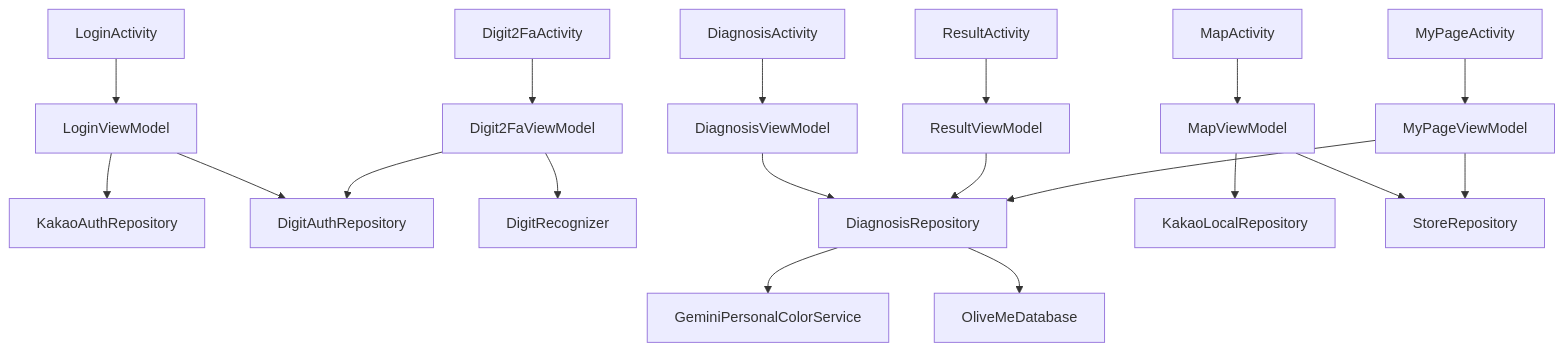
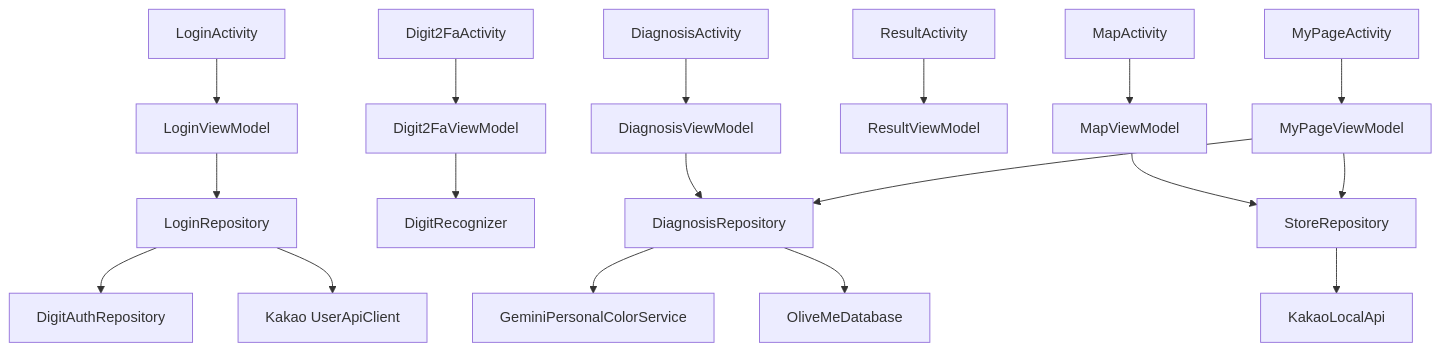
One commit to personal-color-app/personal_color_app changed the diagram in docs/TRUTH_SPEC.md. Above: the diagram before and after it, drawn with Mermaid. The commit also changed other lines of this file and 22 other files, not shown here.

````diff
--- a/docs/TRUTH_SPEC.md
+++ b/docs/TRUTH_SPEC.md
@@ -132,21 +138,20 @@
 ```mermaid
 flowchart TD
   LoginActivity --> LoginViewModel
-  LoginViewModel --> KakaoAuthRepository
-  LoginViewModel --> DigitAuthRepository
+  LoginViewModel --> LoginRepository
+  LoginRepository --> DigitAuthRepository
+  LoginRepository --> KakaoSDK["Kakao UserApiClient"]
   Digit2FaActivity --> Digit2FaViewModel
   Digit2FaViewModel --> DigitRecognizer
-  Digit2FaViewModel --> DigitAuthRepository
   DiagnosisActivity --> DiagnosisViewModel
   DiagnosisViewModel --> DiagnosisRepository
   DiagnosisRepository --> GeminiPersonalColorService
   DiagnosisRepository --> OliveMeDatabase
   ResultActivity --> ResultViewModel
-  ResultViewModel --> DiagnosisRepository
   MapActivity --> MapViewModel
-  MapViewModel --> KakaoLocalRepository
   MapViewModel --> StoreRepository
+  StoreRepository --> KakaoLocalApi
   MyPageActivity --> MyPageViewModel
   MyPageViewModel --> DiagnosisRepository
   MyPageViewModel --> StoreRepository
 ```
````
